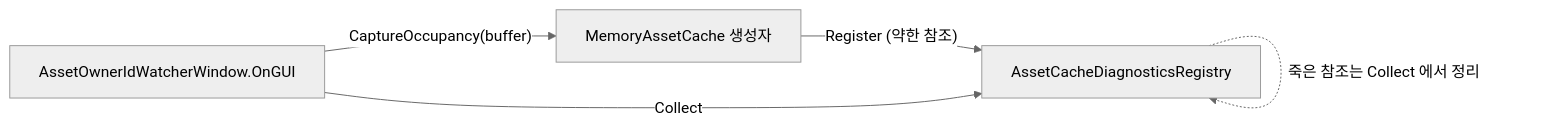
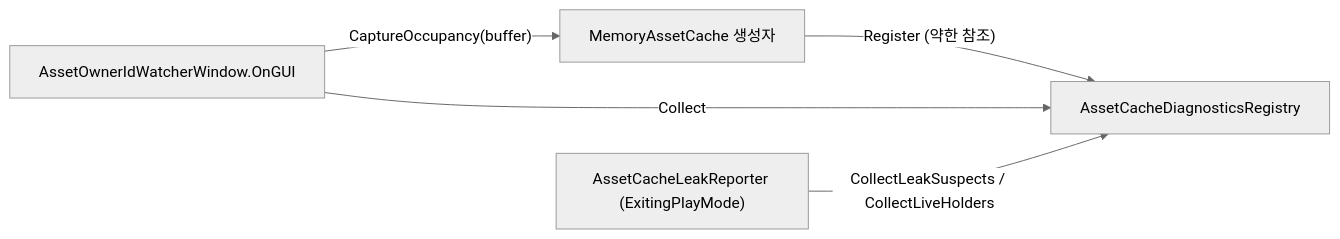
Before and after one commit to HoHong123/HCUP-Unity: the first of 2 diagrams in HResource/Editor/README.md, drawn with Mermaid (neutral theme). The commit also changed other lines of this file, not shown here.

````diff
--- a/HResource/Editor/README.md
+++ b/HResource/Editor/README.md
@@ -58,7 +51,7 @@
 ```mermaid
 flowchart LR
     C["MemoryAssetCache 생성자"] -->|"Register (약한 참조)"| R["AssetCacheDiagnosticsRegistry"]
     W["AssetOwnerIdWatcherWindow.OnGUI"] -->|"Collect"| R
     W -->|"CaptureOccupancy(buffer)"| C
-    R -.->|"죽은 참조는 Collect 에서 정리"| R
+    X["AssetCacheLeakReporter (ExitingPlayMode)"] -->|"CollectLeakSuspects / CollectLiveHolders"| R
 ```
````
